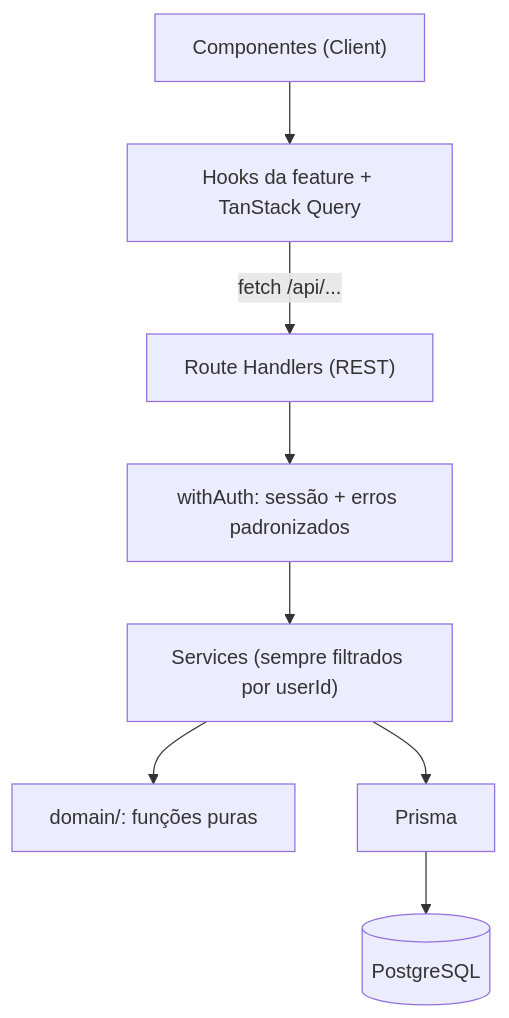
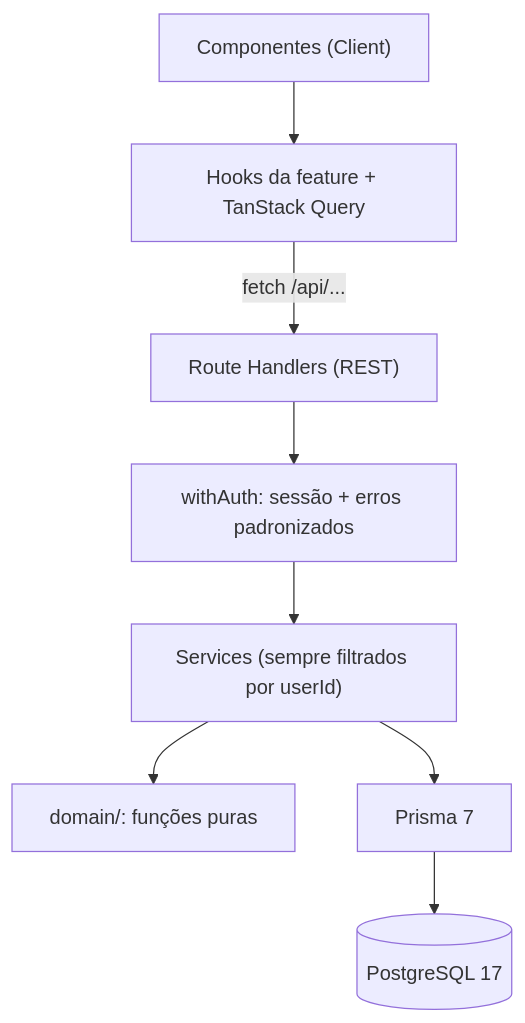
Before and after one commit to Enz0Gabriel/carvafinance: the diagram in README.md, drawn with Mermaid. The commit also changed other lines of this file and 13 other files, not shown here.

````diff
--- a/README.md
+++ b/README.md
@@ -86,9 +174,9 @@
 ```mermaid
 flowchart TD
     UI["Componentes (Client)"] --> Hooks["Hooks da feature + TanStack Query"]
     Hooks -->|"fetch /api/..."| Routes["Route Handlers (REST)"]
     Routes --> Guard["withAuth: sessão + erros padronizados"]
     Guard --> Services["Services (sempre filtrados por userId)"]
     Services --> Domain["domain/: funções puras"]
-    Services --> Prisma["Prisma"] --> DB[("PostgreSQL")]
+    Services --> Prisma["Prisma 7"] --> DB[("PostgreSQL 17")]
 ```
````
